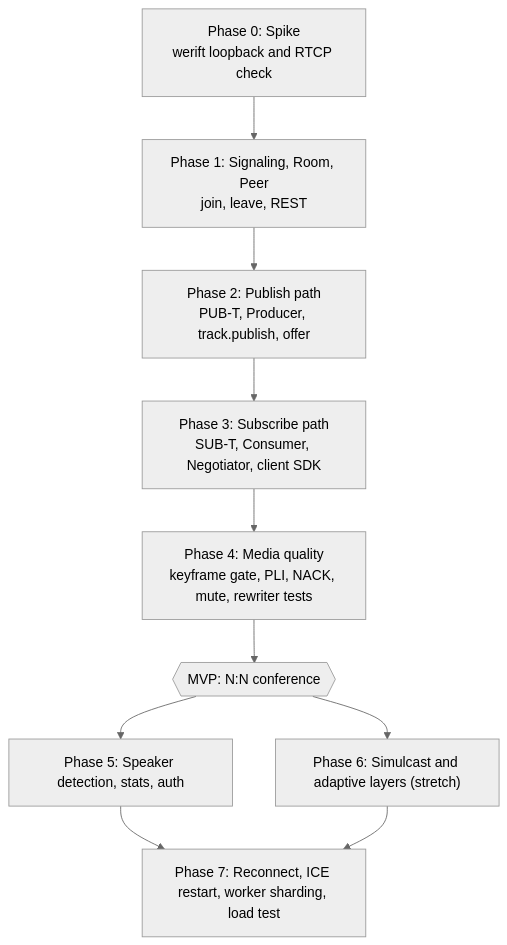
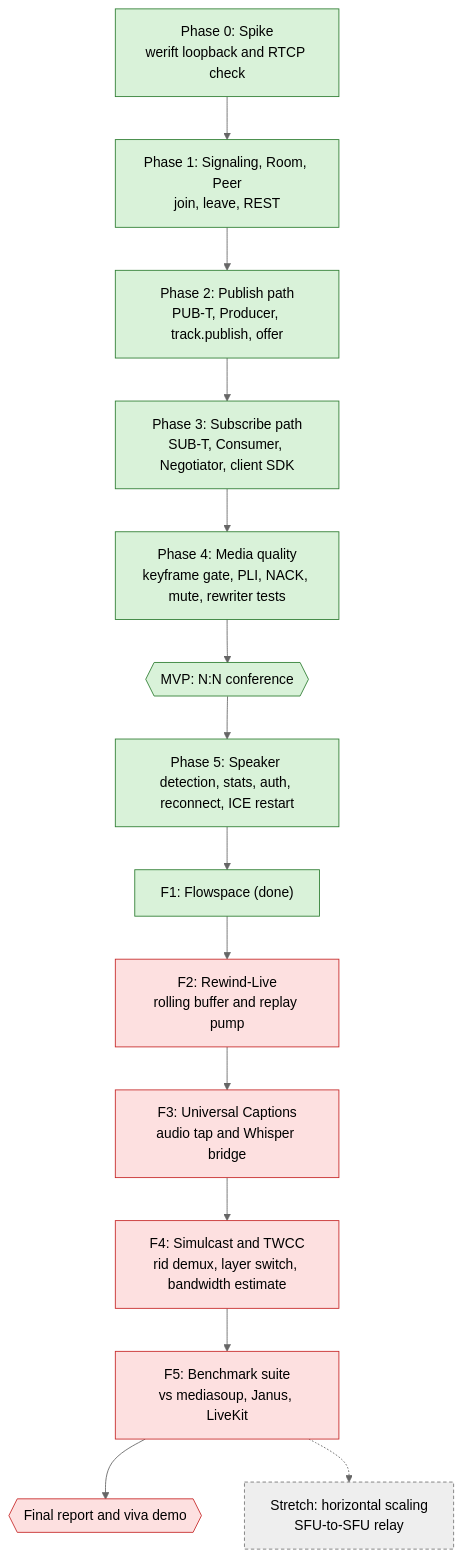
Before and after one commit to Nitinkgupta9967/SFU_: the third of 24 diagrams in flow.md, drawn with Mermaid (neutral theme). The commit also changed other lines of this file and 2 other files, not shown here.

````diff
--- a/flow.md
+++ b/flow.md
@@ -39,12 +112,23 @@
 ```mermaid
 flowchart TD
   P0["Phase 0: Spike<br/>werift loopback and RTCP check"] --> P1
   P1["Phase 1: Signaling, Room, Peer<br/>join, leave, REST"] --> P2
   P2["Phase 2: Publish path<br/>PUB-T, Producer, track.publish, offer"] --> P3
   P3["Phase 3: Subscribe path<br/>SUB-T, Consumer, Negotiator, client SDK"] --> P4
   P4["Phase 4: Media quality<br/>keyframe gate, PLI, NACK, mute, rewriter tests"] --> MVP{{"MVP: N:N conference"}}
-  MVP --> P5["Phase 5: Speaker detection, stats, auth"]
-  MVP --> P6["Phase 6: Simulcast and adaptive layers (stretch)"]
-  P5 --> P7
-  P6 --> P7["Phase 7: Reconnect, ICE restart, worker sharding, load test"]
+  MVP --> P5["Phase 5: Speaker detection, stats, auth, reconnect, ICE restart"]
+  P5 --> F1["F1: Flowspace (done)"]
+  F1 --> F2["F2: Rewind-Live<br/>rolling buffer and replay pump"]
+  F2 --> F3["F3: Universal Captions<br/>audio tap and Whisper bridge"]
+  F3 --> F4["F4: Simulcast and TWCC<br/>rid demux, layer switch, bandwidth estimate"]
+  F4 --> F5["F5: Benchmark suite<br/>vs mediasoup, Janus, LiveKit"]
+  F5 --> DONE{{"Final report and viva demo"}}
+  F5 -.-> STRETCH["Stretch: horizontal scaling<br/>SFU-to-SFU relay"]
+
+  classDef done fill:#d9f2d9,stroke:#2e7d32,color:#000;
+  classDef todo fill:#fde0e0,stroke:#c62828,color:#000;
+  classDef stretch fill:#eeeeee,stroke:#757575,color:#000,stroke-dasharray: 4 3;
+  class P0,P1,P2,P3,P4,MVP,P5,F1 done;
+  class F2,F3,F4,F5,DONE todo;
+  class STRETCH stretch;
 ```
````
